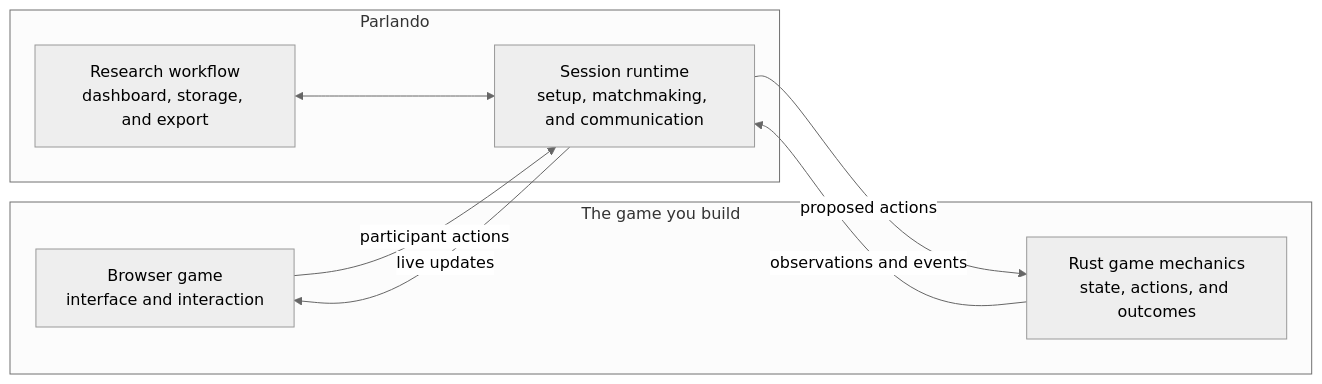
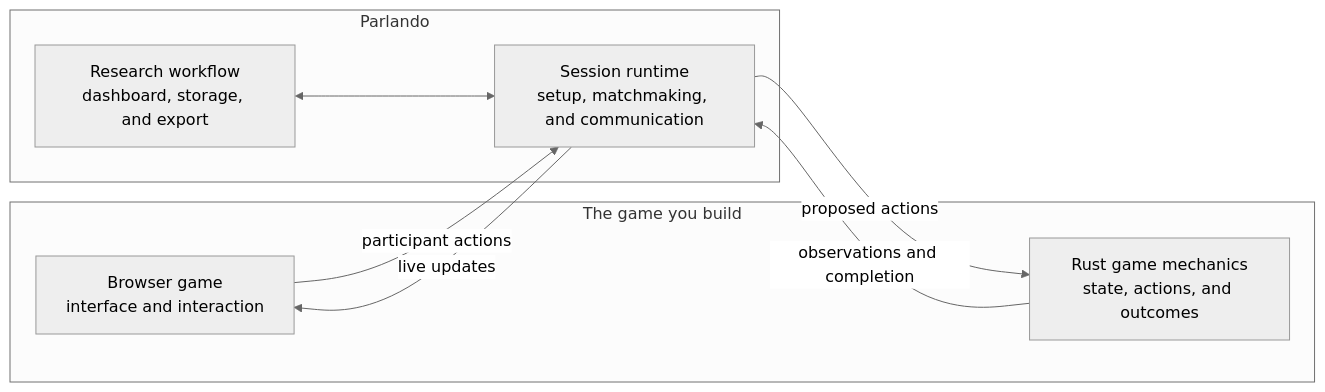
Before and after one commit to coli-saar/parlando: the diagram in README.md, drawn with Mermaid (neutral theme). The commit also changed other lines of this file and 76 other files, not shown here.

````diff
--- a/README.md
+++ b/README.md
@@ -85,18 +85,18 @@
 ```mermaid
 flowchart LR
     subgraph game["The game you build"]
         client["Browser game<br/>interface and interaction"]
         rules["Rust game mechanics<br/>state, actions, and outcomes"]
     end
 
     subgraph parlando["Parlando"]
         runtime["Session runtime<br/>setup, matchmaking, and communication"]
         research["Research workflow<br/>dashboard, storage, and export"]
     end
 
     client -->|"participant actions"| runtime
     runtime -->|"proposed actions"| rules
-    rules -->|"observations and events"| runtime
+    rules -->|"observations and completion"| runtime
     runtime -->|"live updates"| client
     research <--> runtime
 ```
````
